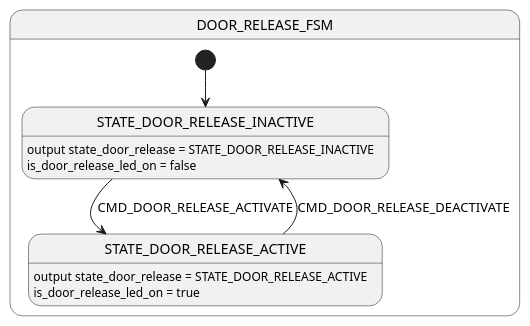
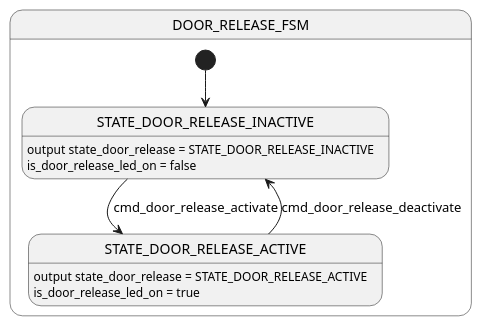
One commit to paetzholdt/CANRepo changed the diagram in docs/models/state_machines/node-door-controller/door_release_fsm.puml. Above: the diagram before and after it, drawn with PlantUML. The commit also changed 7 other files, not shown here.

```diff
--- a/docs/models/state_machines/node-door-controller/door_release_fsm.puml
+++ b/docs/models/state_machines/node-door-controller/door_release_fsm.puml
@@ -1,20 +1,20 @@
 @startuml door_release_fsm
 
 
 state DOOR_RELEASE_FSM {
     [*] --> STATE_DOOR_RELEASE_INACTIVE
     state STATE_DOOR_RELEASE_INACTIVE
     state STATE_DOOR_RELEASE_ACTIVE
 
     STATE_DOOR_RELEASE_INACTIVE: output state_door_release = STATE_DOOR_RELEASE_INACTIVE
     STATE_DOOR_RELEASE_INACTIVE: is_door_release_led_on = false
 
     STATE_DOOR_RELEASE_ACTIVE: output state_door_release = STATE_DOOR_RELEASE_ACTIVE
     STATE_DOOR_RELEASE_ACTIVE: is_door_release_led_on = true
 
 
-    STATE_DOOR_RELEASE_INACTIVE --> STATE_DOOR_RELEASE_ACTIVE : CMD_DOOR_RELEASE_ACTIVATE
-    STATE_DOOR_RELEASE_ACTIVE --> STATE_DOOR_RELEASE_INACTIVE : CMD_DOOR_RELEASE_DEACTIVATE
+    STATE_DOOR_RELEASE_INACTIVE --> STATE_DOOR_RELEASE_ACTIVE : cmd_door_release_activate
+    STATE_DOOR_RELEASE_ACTIVE --> STATE_DOOR_RELEASE_INACTIVE : cmd_door_release_deactivate
 }
 
 @enduml
```
